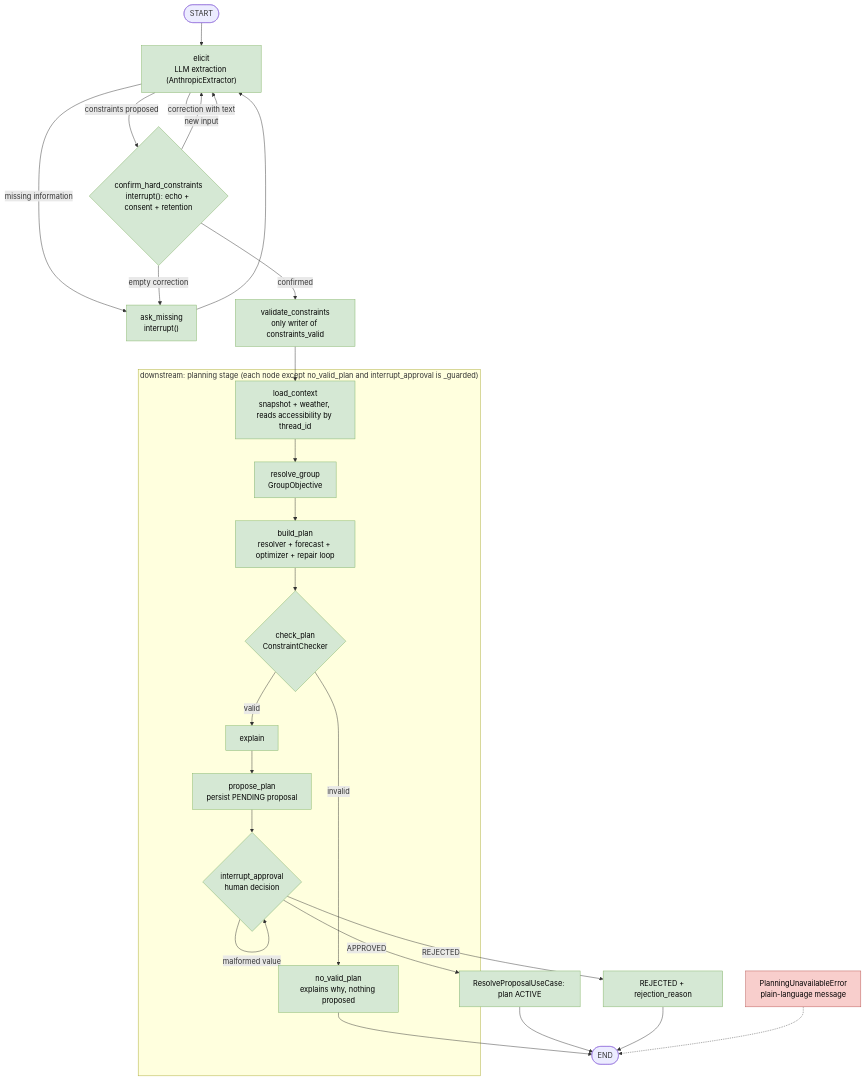
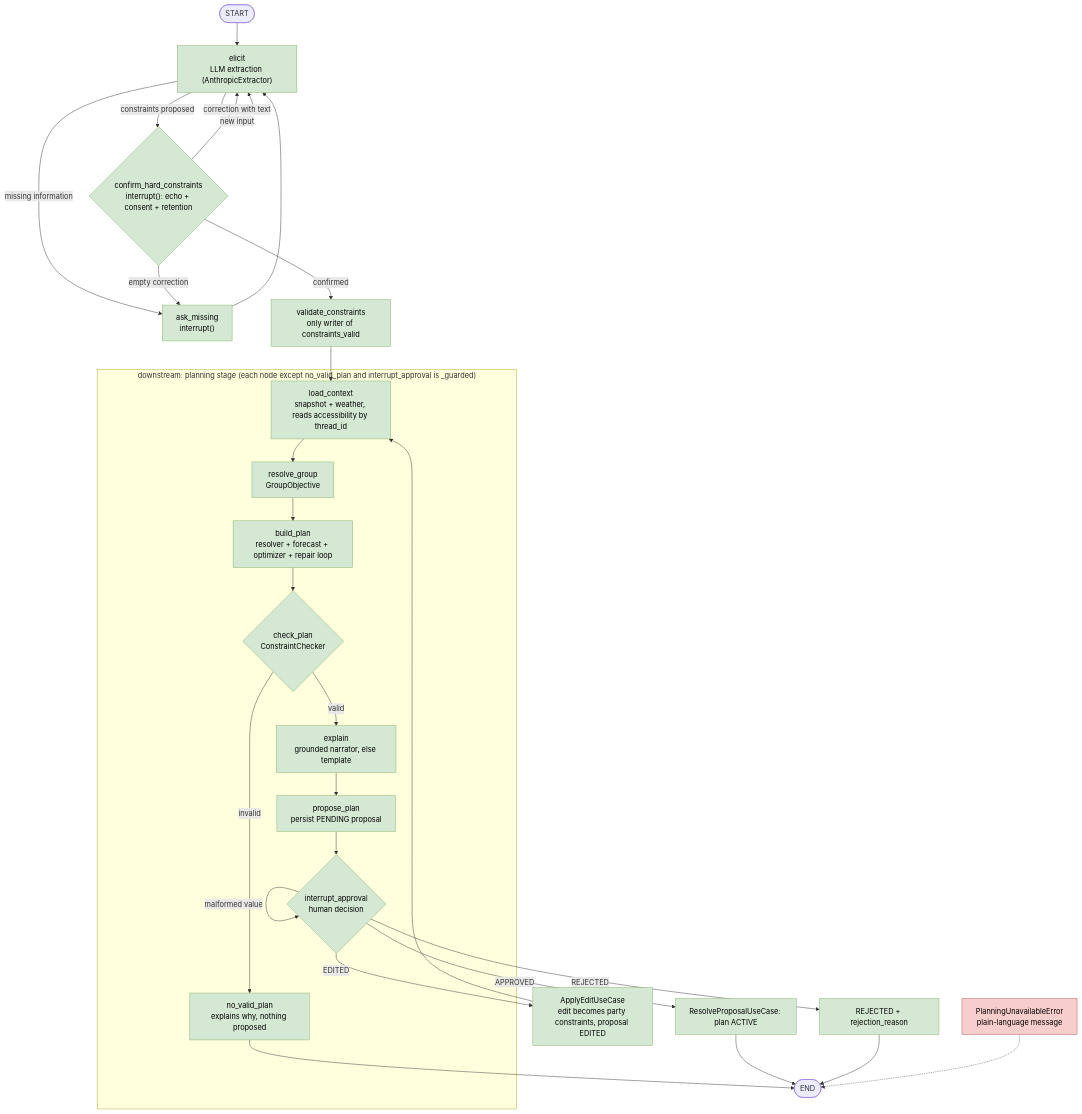
One commit to andrea0727/parkmind-agentic-ai changed the first of 2 diagrams in docs/diagrams/agent-flow.md. Above: the diagram before and after it, drawn with Mermaid. The commit also changed other lines of this file and 2 other files, not shown here.

First line of the commit message:
docs: update architecture and agent diagrams for the merged changes

````diff
--- a/docs/diagrams/agent-flow.md
+++ b/docs/diagrams/agent-flow.md
@@ -16,33 +16,35 @@
 ```mermaid
 flowchart TD
   S([START]) --> EL["elicit<br/>LLM extraction (AnthropicExtractor)"]:::impl
   EL -- missing information --> AM["ask_missing<br/>interrupt()"]:::impl
   AM --> EL
   EL -- new input --> EL
   EL -- constraints proposed --> CH{"confirm_hard_constraints<br/>interrupt(): echo + consent + retention"}:::impl
   CH -- correction with text --> EL
   CH -- empty correction --> AM
   CH -- confirmed --> VA["validate_constraints<br/>only writer of constraints_valid"]:::impl
   VA --> LC
 
   subgraph PLAN["downstream: planning stage (each node except no_valid_plan and interrupt_approval is _guarded)"]
     LC["load_context<br/>snapshot + weather, reads accessibility by thread_id"]:::impl --> RG["resolve_group<br/>GroupObjective"]:::impl
     RG --> BP["build_plan<br/>resolver + forecast + optimizer + repair loop"]:::impl
     BP --> CK{"check_plan<br/>ConstraintChecker"}:::impl
-    CK -- valid --> EX["explain"]:::impl
+    CK -- valid --> EX["explain<br/>grounded narrator, else template"]:::impl
     EX --> PR["propose_plan<br/>persist PENDING proposal"]:::impl
     PR --> IN{"interrupt_approval<br/>human decision"}:::impl
     CK -- invalid --> NV["no_valid_plan<br/>explains why, nothing proposed"]:::impl
   end
 
   IN -- APPROVED --> OK["ResolveProposalUseCase: plan ACTIVE"]:::impl
   IN -- REJECTED --> RJ["REJECTED + rejection_reason"]:::impl
+  IN -- EDITED --> ED["ApplyEditUseCase<br/>edit becomes party constraints, proposal EDITED"]:::impl
+  ED --> LC
   IN -- malformed value --> IN
   OK --> Z([END])
   RJ --> Z
   NV --> Z
   UN["PlanningUnavailableError<br/>plain-language message"]:::err -.-> Z
 
   classDef impl fill:#d5e8d4,stroke:#82b366,color:#000
   classDef err fill:#f8cecc,stroke:#b85450,color:#000
 ```
````
